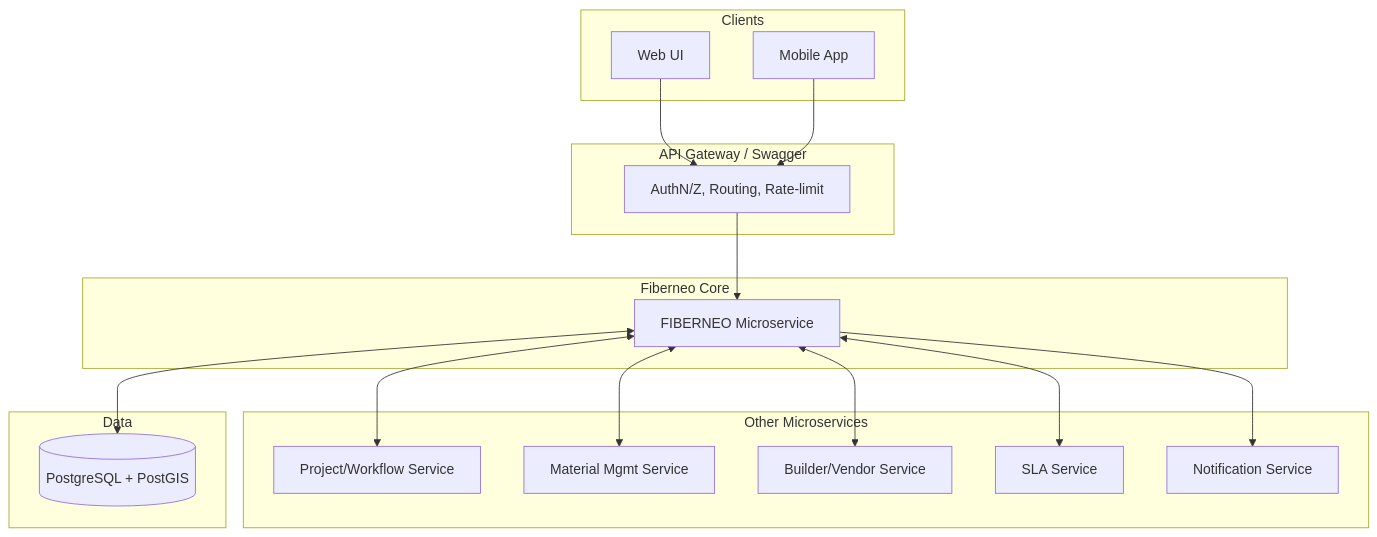
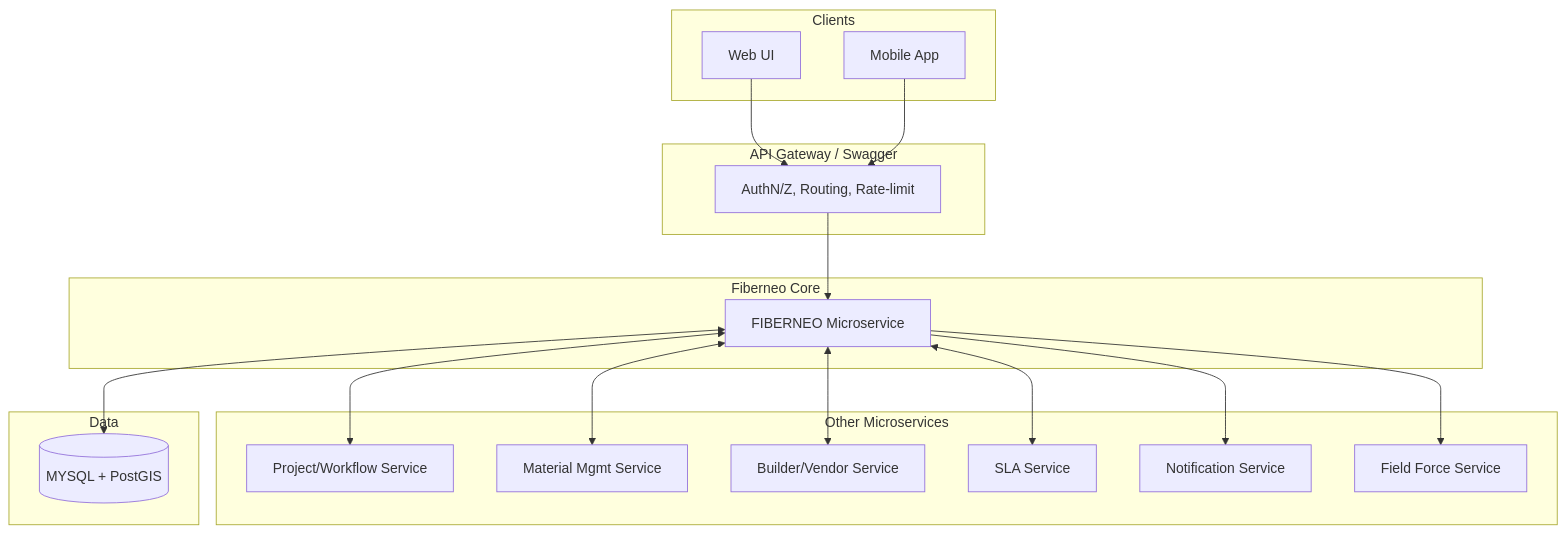
The first of 13 diagrams in Fiberneo-Document/LLD/LLD.md (BhavikVisionGit/Fiberneo-Documents), drawn with Mermaid before and after one commit. The commit also changed other lines of this file, not shown here.

````diff
--- a/Fiberneo-Document/LLD/LLD.md
+++ b/Fiberneo-Document/LLD/LLD.md
@@ -78,42 +78,44 @@
 ```mermaid
 graph TD
   subgraph Clients
     W[Web UI]
     M[Mobile App]
   end
 
   subgraph API_GW[API Gateway / Swagger]
     GW[AuthN/Z, Routing, Rate-limit]
   end
 
   W --> GW
   M --> GW
 
   %% Fiberneo highlighted separately
   subgraph FNS[Fiberneo Core]
     FN[FIBERNEO Microservice]
   end
 
   %% Other microservices grouped
   subgraph OMS[Other Microservices]
     PRJ[Project/Workflow Service]
     MAT[Material Mgmt Service]
     BLD[Builder/Vendor Service]
     SLA[SLA Service]
     NOTIF[Notification Service]
+    FFM[Field Force Service]
   end
 
   GW --> FN
   FN <--> PRJ
   FN <--> MAT
   FN <--> BLD
   FN <--> SLA
   FN --> NOTIF
+  FN --> FFM
 
   subgraph Data
-    DB[(PostgreSQL + PostGIS)]
+    DB[(MYSQL + PostGIS)]
   end
 
   FN <--> DB
 
 ```
````
